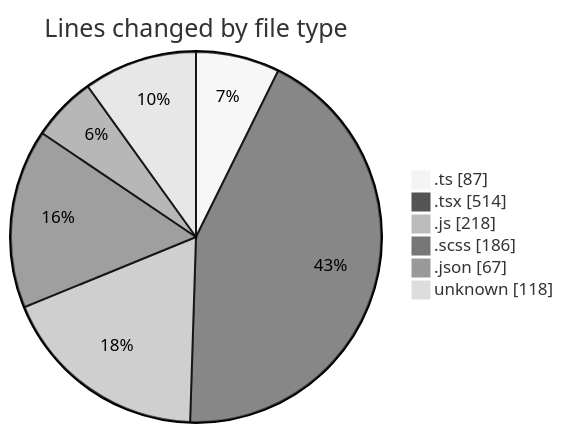
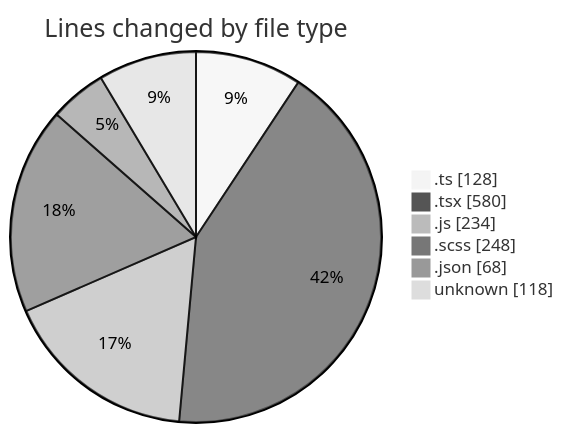
Before and after one commit to momahboobian/code-tracking: the first of 2 diagrams in 2026-05-08/cda/README.md, drawn with Mermaid (neutral theme). The commit also changed other lines of this file and 1 other file, not shown here.

````diff
--- a/2026-05-08/cda/README.md
+++ b/2026-05-08/cda/README.md
@@ -36,10 +36,10 @@
 ```mermaid
 pie showData
 title Lines changed by file type
-".ts" : 87
-".tsx" : 514
-".js" : 218
-".scss" : 186
-".json" : 67
+".ts" : 128
+".tsx" : 580
+".js" : 234
+".scss" : 248
+".json" : 68
 "unknown" : 118
 ```
````
